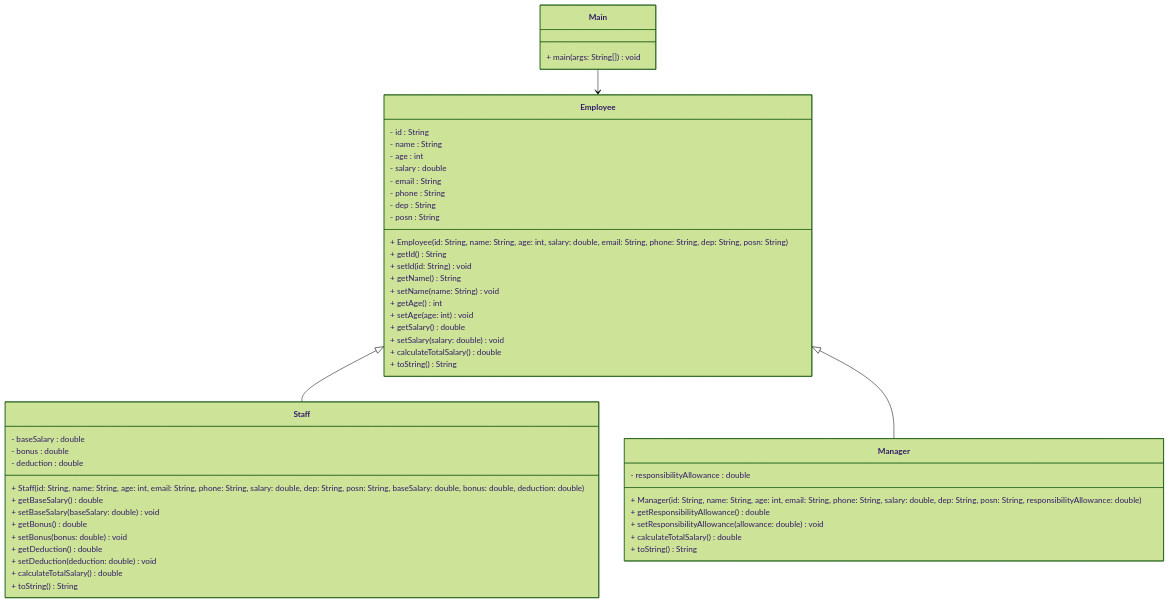
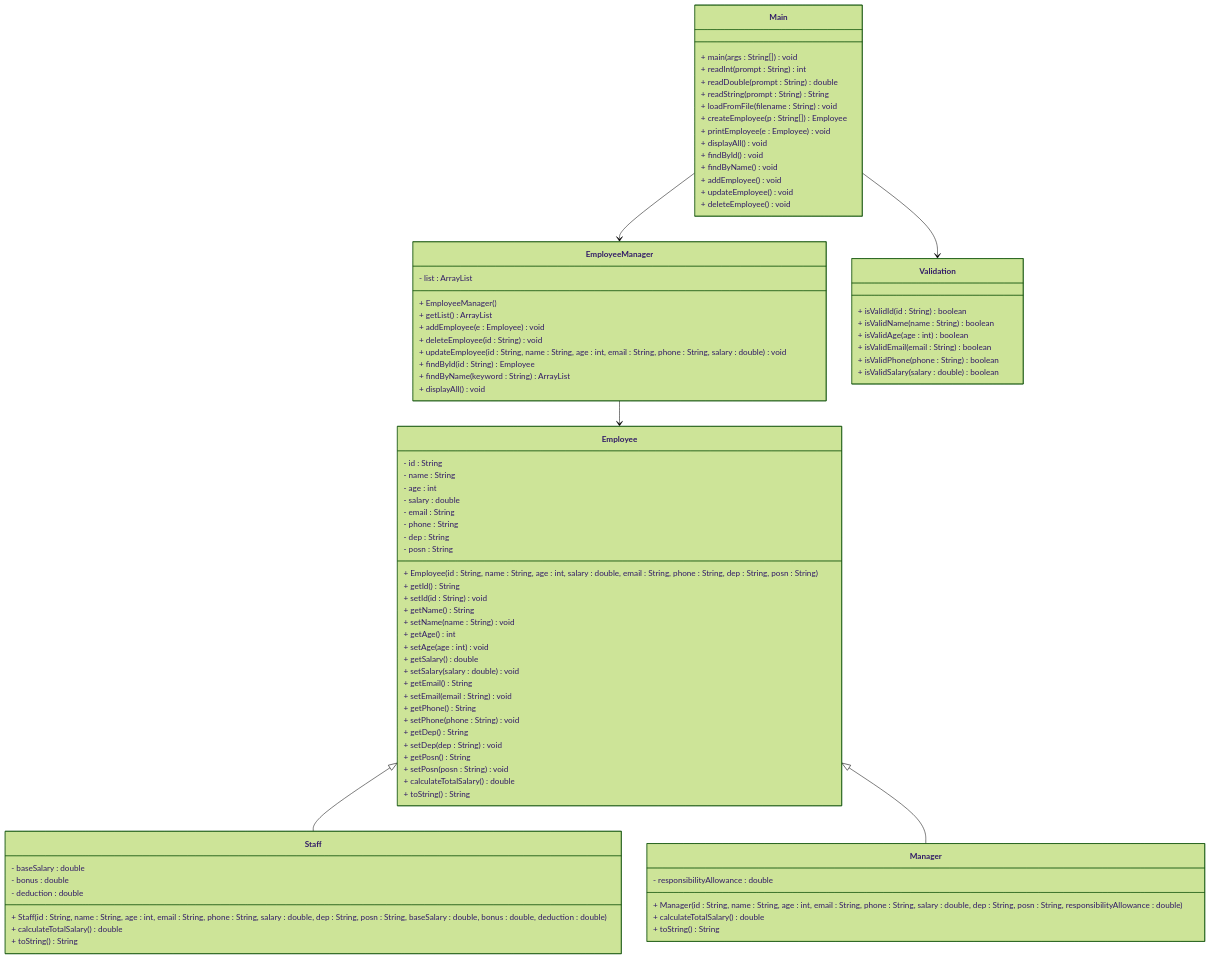
The diagram in docs/ClassDiagrams/Mermaid.md (nghoainhi45-gif/Hnhi), drawn with Mermaid (forest theme) before and after one commit.

````diff
--- a/docs/ClassDiagrams/Mermaid.md
+++ b/docs/ClassDiagrams/Mermaid.md
@@ -1,56 +1,96 @@
 ```mermaid
 classDiagram
-    class Employee {
-        - id : String
-        - name : String
-        - age : int
-        - salary : double
-        - email : String
-        - phone : String
-        - dep : String
-        - posn : String
-        + Employee(id: String, name: String, age: int, salary: double, email: String, phone: String, dep: String, posn: String)
-        + getId() String
-        + setId(id: String) void
-        + getName() String
-        + setName(name: String) void
-        + getAge() int
-        + setAge(age: int) void
-        + getSalary() double
-        + setSalary(salary: double) void
-        + calculateTotalSalary() double
-        + toString() String
-    }
 
-    class Staff {
-        - baseSalary : double
-        - bonus : double
-        - deduction : double
-        + Staff(id: String, name: String, age: int, email: String, phone: String, salary: double, dep: String, posn: String, baseSalary: double, bonus: double, deduction: double)
-        + getBaseSalary() double
-        + setBaseSalary(baseSalary: double) void
-        + getBonus() double
-        + setBonus(bonus: double) void
-        + getDeduction() double
-        + setDeduction(deduction: double) void
-        + calculateTotalSalary() double
-        + toString() String
-    }
+class Employee {
+    - id : String
+    - name : String
+    - age : int
+    - salary : double
+    - email : String
+    - phone : String
+    - dep : String
+    - posn : String
 
-    class Manager {
-        - responsibilityAllowance : double
-        + Manager(id: String, name: String, age: int, email: String, phone: String, salary: double, dep: String, posn: String, responsibilityAllowance: double)
-        + getResponsibilityAllowance() double
-        + setResponsibilityAllowance(allowance: double) void
-        + calculateTotalSalary() double
-        + toString() String
-    }
+    + Employee(id : String, name : String, age : int, salary : double, email : String, phone : String, dep : String, posn : String)
+    + getId()  String
+    + setId(id : String)  void
+    + getName()  String
+    + setName(name : String)  void
+    + getAge()  int
+    + setAge(age : int)  void
+    + getSalary()  double
+    + setSalary(salary : double)  void
+    + getEmail()  String
+    + setEmail(email : String)  void
+    + getPhone()  String
+    + setPhone(phone : String)  void
+    + getDep()  String
+    + setDep(dep : String)  void
+    + getPosn()  String
+    + setPosn(posn : String)  void
+    + calculateTotalSalary()  double
+    + toString()  String
+}
 
-    class Main {
-        + main(args: String[]) void
-    }
+class Staff {
+    - baseSalary : double
+    - bonus : double
+    - deduction : double
 
-    Employee <|-- Staff
-    Employee <|-- Manager
-    Main --> Employee
+    + Staff(id : String, name : String, age : int, email : String, phone : String, salary : double, dep : String, posn : String, baseSalary : double, bonus : double, deduction : double)
+    + calculateTotalSalary()  double
+    + toString()  String
+}
+
+class Manager {
+    - responsibilityAllowance : double
+
+    + Manager(id : String, name : String, age : int, email : String, phone : String, salary : double, dep : String, posn : String, responsibilityAllowance : double)
+    + calculateTotalSalary()  double
+    + toString()  String
+}
+
+class EmployeeManager {
+    - list : ArrayList<Employee>
+
+    + EmployeeManager()
+    + getList()  ArrayList<Employee>
+    + addEmployee(e : Employee)  void
+    + deleteEmployee(id : String)  void
+    + updateEmployee(id : String, name : String, age : int, email : String, phone : String, salary : double)  void
+    + findById(id : String)  Employee
+    + findByName(keyword : String)  ArrayList<Employee>
+    + displayAll()  void
+}
+
+class Validation {
+    + isValidId(id : String)  boolean
+    + isValidName(name : String)  boolean
+    + isValidAge(age : int)  boolean
+    + isValidEmail(email : String)  boolean
+    + isValidPhone(phone : String)  boolean
+    + isValidSalary(salary : double)  boolean
+}
+
+class Main {
+    + main(args : String[])  void
+    + readInt(prompt : String)  int
+    + readDouble(prompt : String)  double
+    + readString(prompt : String)  String
+    + loadFromFile(filename : String)  void
+    + createEmployee(p : String[])  Employee
+    + printEmployee(e : Employee)  void
+    + displayAll()  void
+    + findById()  void
+    + findByName()  void
+    + addEmployee()  void
+    + updateEmployee()  void
+    + deleteEmployee()  void
+}
+
+Employee <|-- Staff
+Employee <|-- Manager
+EmployeeManager --> Employee
+Main --> EmployeeManager
+Main --> Validation
 ```
````
